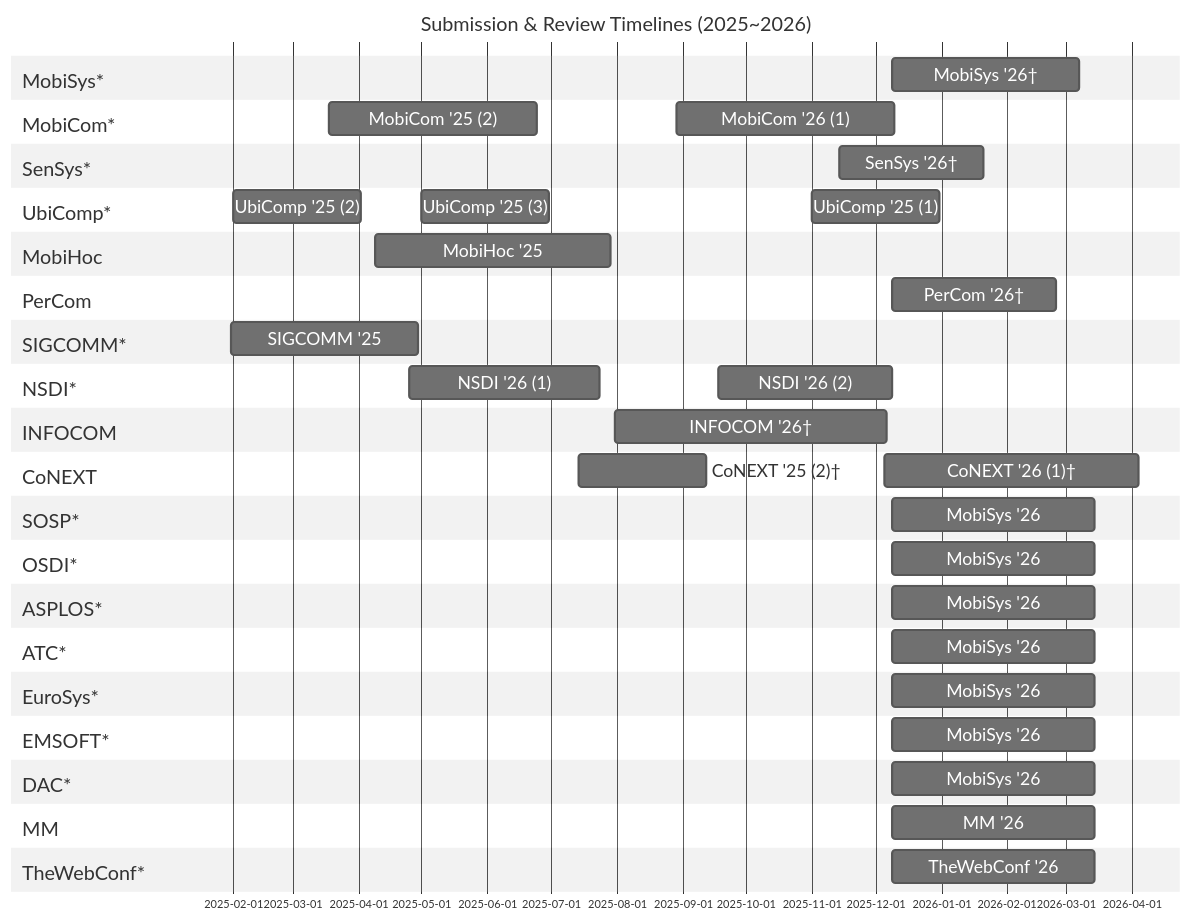
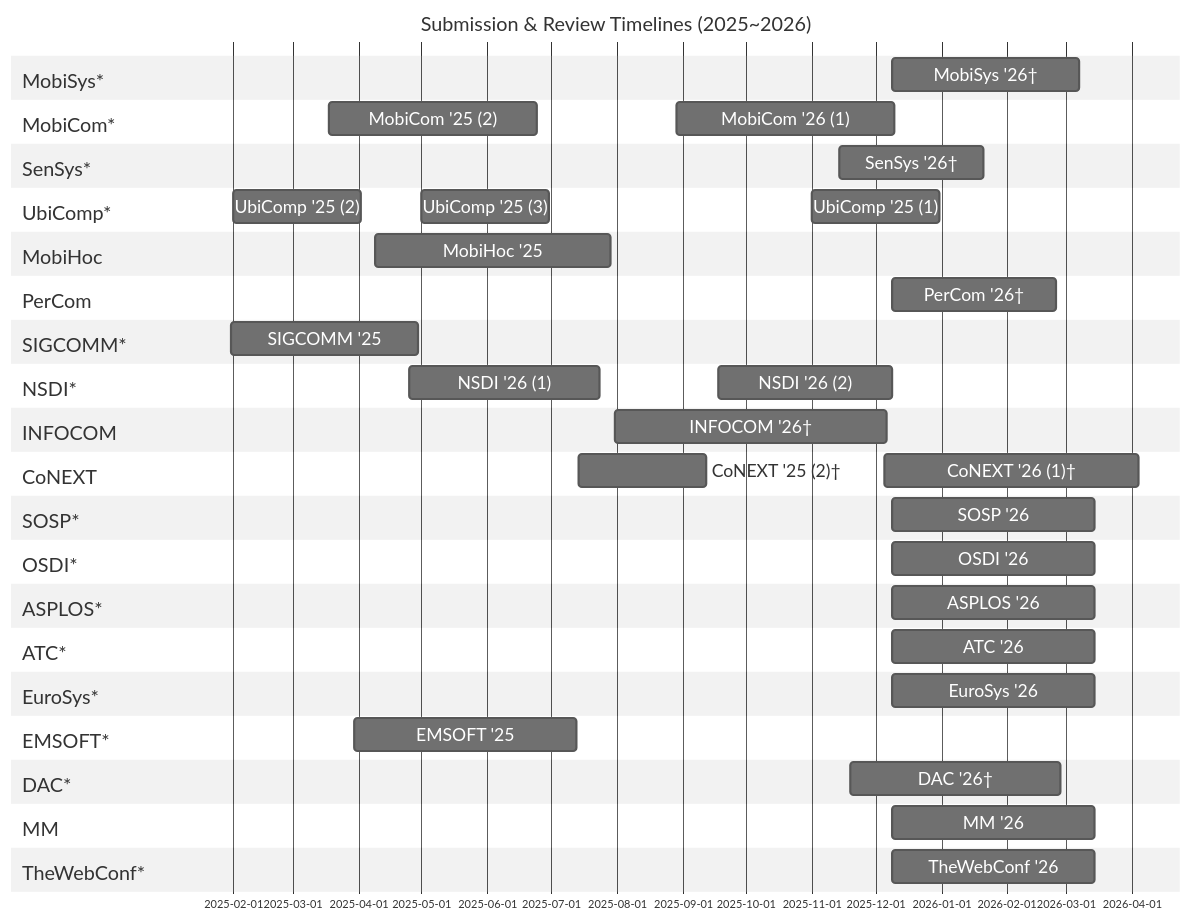
Before and after one commit to iamseonghoon/Mobile-Systems-Conference-Timelines: the diagram in README.md, drawn with Mermaid. The commit also changed other lines of this file, not shown here.

```diff
--- a/README.md
+++ b/README.md
@@ -67,29 +67,29 @@
     %% OS, CA
     %% --------------------------
     section SOSP*
-    MobiSys '26 :mobisys-review, 2025-12-09, 95d
+    SOSP '26 :mobisys-review, 2025-12-09, 95d
 
     section OSDI*
-    MobiSys '26 :mobisys-review, 2025-12-09, 95d
+    OSDI '26 :mobisys-review, 2025-12-09, 95d
 
     section ASPLOS*
-    MobiSys '26 :mobisys-review, 2025-12-09, 95d
+    ASPLOS '26 :mobisys-review, 2025-12-09, 95d
 
     section ATC*
-    MobiSys '26 :mobisys-review, 2025-12-09, 95d
+    ATC '26 :mobisys-review, 2025-12-09, 95d
 
     section EuroSys*
-    MobiSys '26 :mobisys-review, 2025-12-09, 95d
+    EuroSys '26 :mobisys-review, 2025-12-09, 95d
 
 
     %% --------------------------
     %% Embedded / EDA
     %% --------------------------
     section EMSOFT*
-    MobiSys '26 :mobisys-review, 2025-12-09, 95d
+    EMSOFT '25 :emsoft-review, 2025-03-30, 105d
 
     section DAC*
-    MobiSys '26 :mobisys-review, 2025-12-09, 95d
+    DAC '26† :mobisys-review, 2025-11-19, 99d
 
 
     %% --------------------------
```
